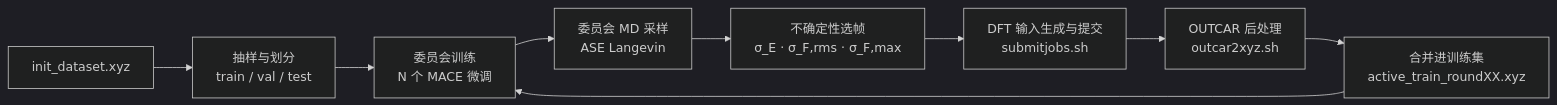
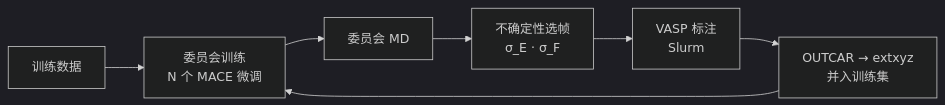
Before and after one commit to qundaoXu/mlip_auto_flow: the diagram in README.zh-CN.md, drawn with Mermaid (dark theme). The commit also changed other lines of this file and 3 other files, not shown here.

````diff
--- a/README.zh-CN.md
+++ b/README.zh-CN.md
@@ -148,11 +58,9 @@
 ```mermaid
 flowchart LR
-    A[init_dataset.xyz] --> B[抽样与划分<br/>train / val / test]
-    B --> C[委员会训练<br/>N 个 MACE 微调]
-    C --> D[委员会 MD 采样<br/>ASE Langevin]
-    D --> E[不确定性选帧<br/>σ_E · σ_F,rms · σ_F,max]
-    E --> F[DFT 输入生成与提交<br/>submitjobs.sh]
-    F --> G[OUTCAR 后处理<br/>outcar2xyz.sh]
-    G --> H[合并进训练集<br/>active_train_roundXX.xyz]
-    H --> C
+    A[训练数据] --> B[委员会训练<br/>N 个 MACE 微调]
+    B --> C[委员会 MD]
+    C --> D[不确定性选帧<br/>σ_E · σ_F]
+    D --> E[VASP 标注<br/>Slurm]
+    E --> F[OUTCAR → extxyz<br/>并入训练集]
+    F --> B
 ```
````
